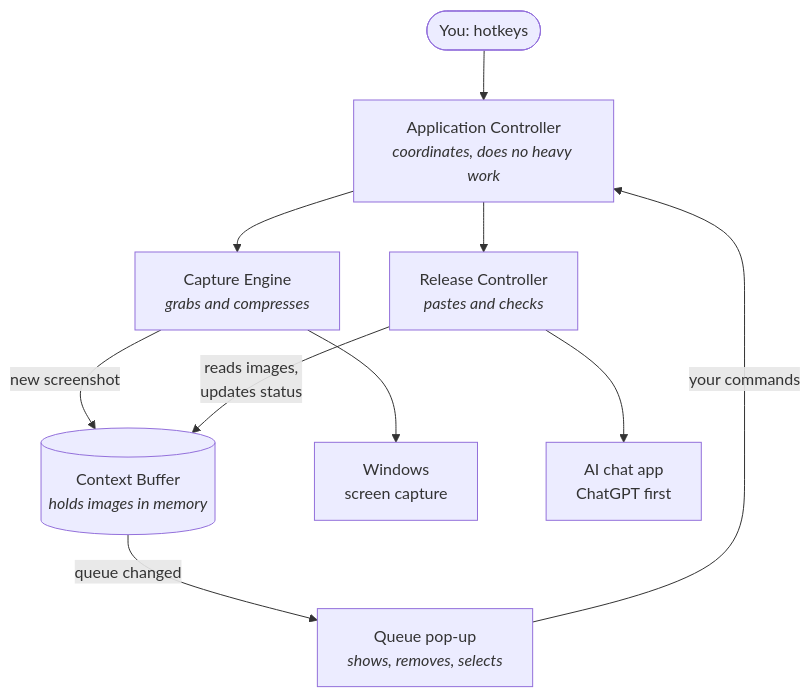
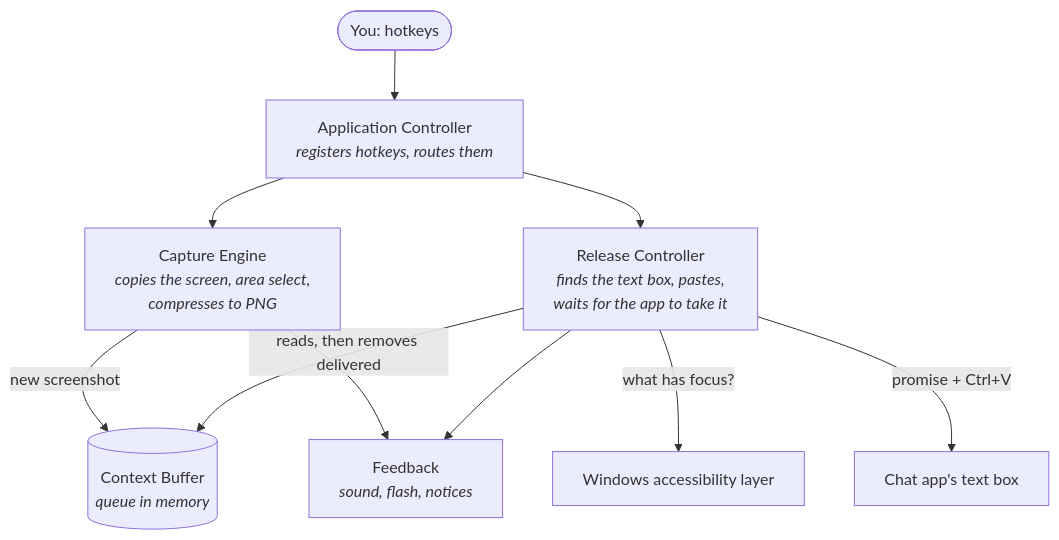
Before and after one commit to M-uzamilAli/SnapRelay: the second of 2 diagrams in README.md, drawn with Mermaid. The commit also changed other lines of this file and 3 other files, not shown here.

````diff
--- a/README.md
+++ b/README.md
@@ -57,12 +86,12 @@
 ```mermaid
 flowchart TD
-    You([You: hotkeys]) --> AC[Application Controller<br/><i>coordinates, does no heavy work</i>]
-    AC --> CE[Capture Engine<br/><i>grabs and compresses</i>]
-    AC --> RC[Release Controller<br/><i>pastes and checks</i>]
-    CE -->|new screenshot| CB[(Context Buffer<br/><i>holds images in memory</i>)]
-    RC -->|reads images,<br/>updates status| CB
-    CB -->|queue changed| QU[Queue pop-up<br/><i>shows, removes, selects</i>]
-    QU -->|your commands| AC
-    CE --> WIN[Windows<br/>screen capture]
-    RC --> CHAT[AI chat app<br/>ChatGPT first]
+    You([You: hotkeys]) --> AC[Application Controller<br/><i>registers hotkeys, routes them</i>]
+    AC --> CE[Capture Engine<br/><i>copies the screen, area select,<br/>compresses to PNG</i>]
+    AC --> RC[Release Controller<br/><i>finds the text box, pastes,<br/>waits for the app to take it</i>]
+    CE -->|new screenshot| CB[(Context Buffer<br/><i>queue in memory</i>)]
+    RC -->|reads, then removes delivered| CB
+    CE --> FB[Feedback<br/><i>sound, flash, notices</i>]
+    RC --> FB
+    RC -->|what has focus?| UIA[Windows accessibility layer]
+    RC -->|promise + Ctrl+V| CHAT[Chat app's text box]
 ```
````
